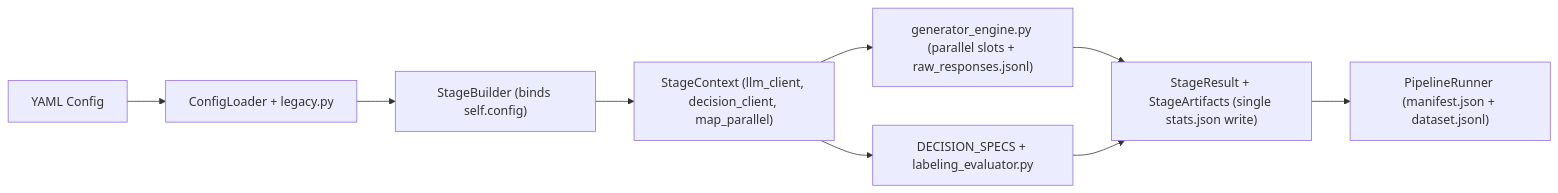
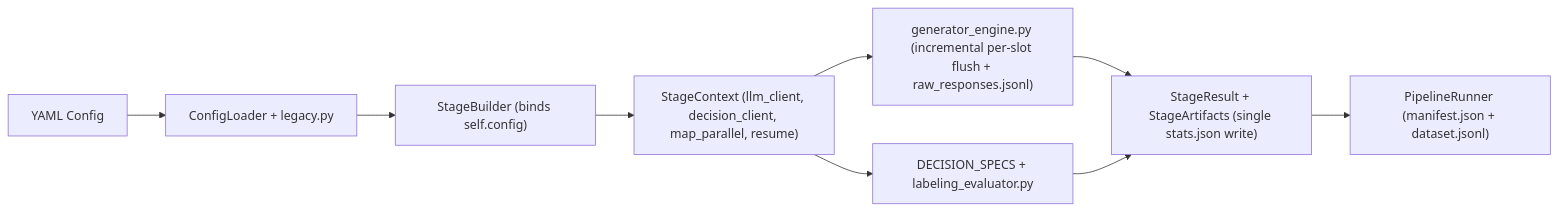
The diagram in docs/tasks/pipeline-architecture-review/pr-description.md (jayshah5696/arka), drawn with Mermaid before and after one commit. The commit also changed other lines of this file and 10 other files, not shown here.

Commit message:
fix(pipeline): address PR #217 review findings for generator checkpoints, LLM cache, and labeling_score

````diff
--- a/docs/tasks/pipeline-architecture-review/pr-description.md
+++ b/docs/tasks/pipeline-architecture-review/pr-description.md
@@ -56,11 +59,11 @@
 ```mermaid
 flowchart LR
     Config["YAML Config"] --> Loader["ConfigLoader + legacy.py"]
     Loader --> Builder["StageBuilder (binds self.config)"]
-    Builder --> Context["StageContext (llm_client, decision_client, map_parallel)"]
-    Context --> Gen["generator_engine.py (parallel slots + raw_responses.jsonl)"]
+    Builder --> Context["StageContext (llm_client, decision_client, map_parallel, resume)"]
+    Context --> Gen["generator_engine.py (incremental per-slot flush + raw_responses.jsonl)"]
     Context --> Eval["DECISION_SPECS + labeling_evaluator.py"]
     Gen --> Artifacts["StageResult + StageArtifacts (single stats.json write)"]
     Eval --> Artifacts
     Artifacts --> Runner["PipelineRunner (manifest.json + dataset.jsonl)"]
 ```
````
